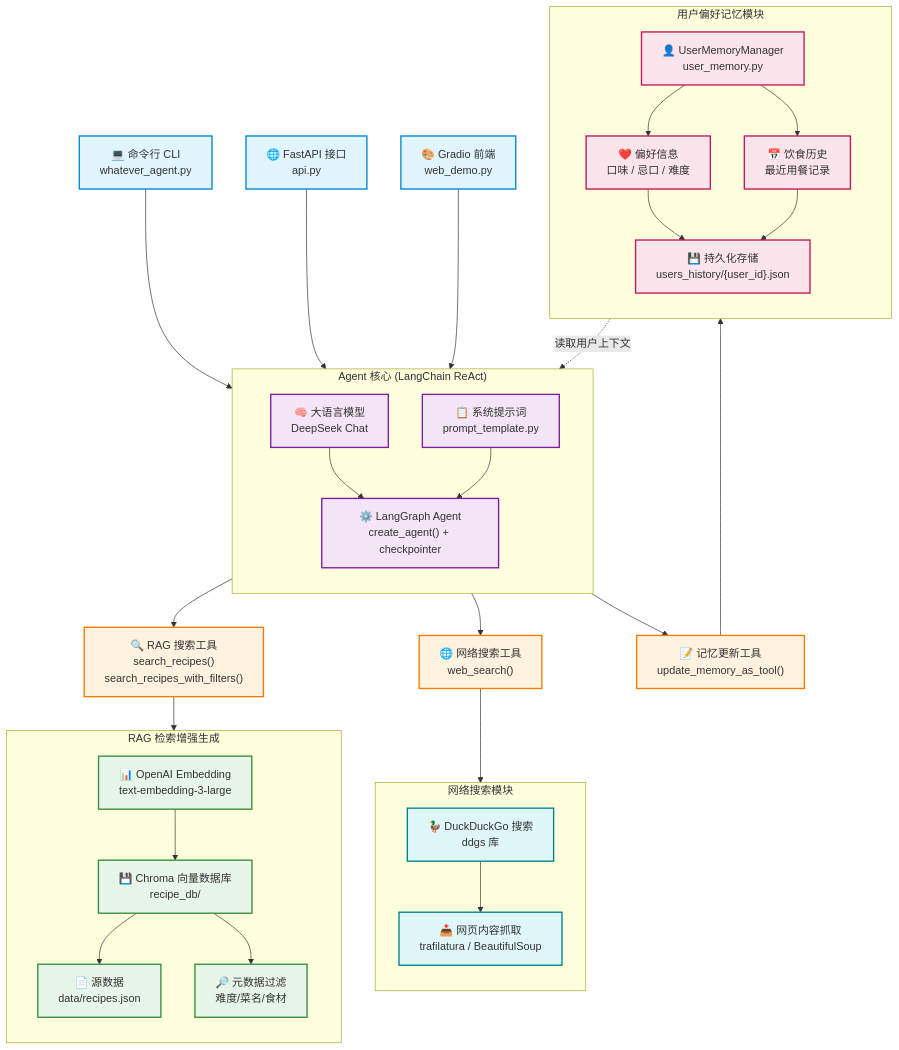
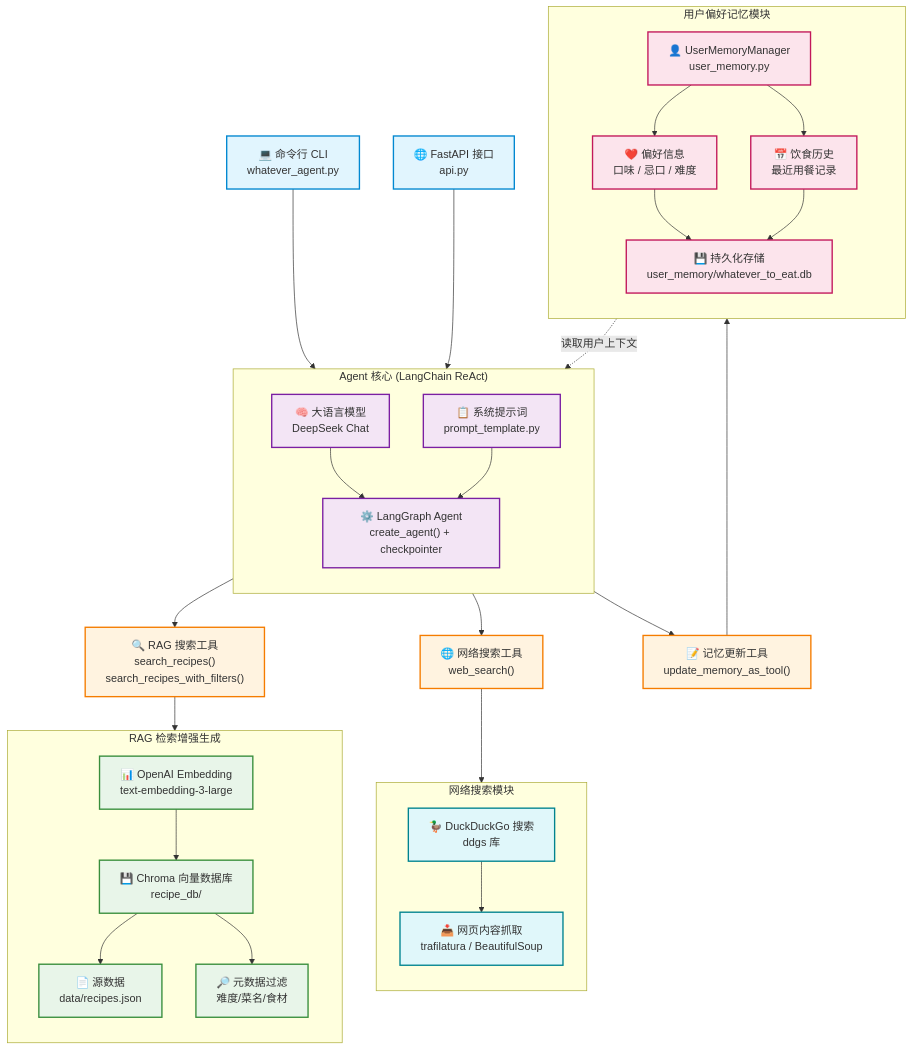
One commit to RiiiTA-Zhou/whatever-to-eat changed the diagram in graph.md. Above: the diagram before and after it, drawn with Mermaid. The commit also changed other lines of this file and 163 other files, not shown here.

```diff
--- a/graph.md
+++ b/graph.md
@@ -14,7 +14,6 @@
     %% ===== 用户输入层 =====
     CLI["💻 命令行 CLI<br/>whatever_agent.py"]
     API["🌐 FastAPI 接口<br/>api.py"]
-    WebUI["🎨 Gradio 前端<br/>web_demo.py"]
 
     %% ===== Agent 核心 =====
     subgraph AgentCore ["Agent 核心 (LangChain ReAct)"]
@@ -51,13 +50,12 @@
         UMM["👤 UserMemoryManager<br/>user_memory.py"]
         Prefs["❤️ 偏好信息<br/>口味 / 忌口 / 难度"]
         History["📅 饮食历史<br/>最近用餐记录"]
-        Store["💾 持久化存储<br/>users_history/{user_id}.json"]
+        Store["💾 持久化存储<br/>user_memory/whatever_to_eat.db"]
     end
 
     %% ===== 连接 =====
     CLI --> LC
     API --> LC
-    WebUI --> LC
     LLM --> LC
     SP --> LC
 
@@ -84,10 +82,9 @@
     %% 点击交互
     click CLI "https://github.com/RiiiTA-Zhou/whatever-to-eat/blob/main/src/whatever_agent.py"
     click API "https://github.com/RiiiTA-Zhou/whatever-to-eat/blob/main/src/api.py"
-    click WebUI "https://github.com/RiiiTA-Zhou/whatever-to-eat/blob/main/src/web_demo.py"
 
     %% 应用样式
-    class CLI,API,WebUI input
+    class CLI,API input
     class LLM,SP,LC core
     class RAG,WebSearch,MemUpdate tool
     class Embedding,Chroma,Filter,RawData rag
```
